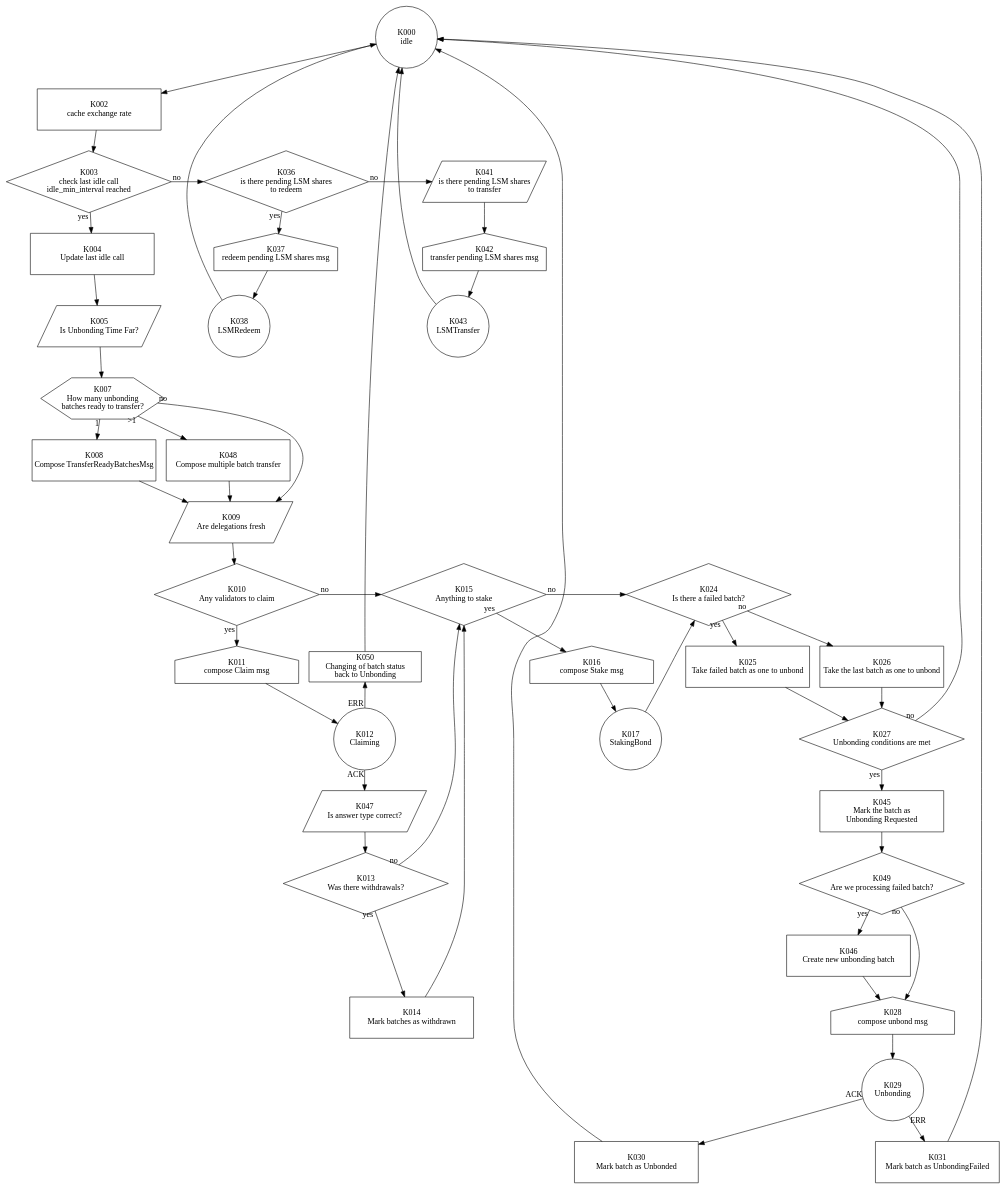
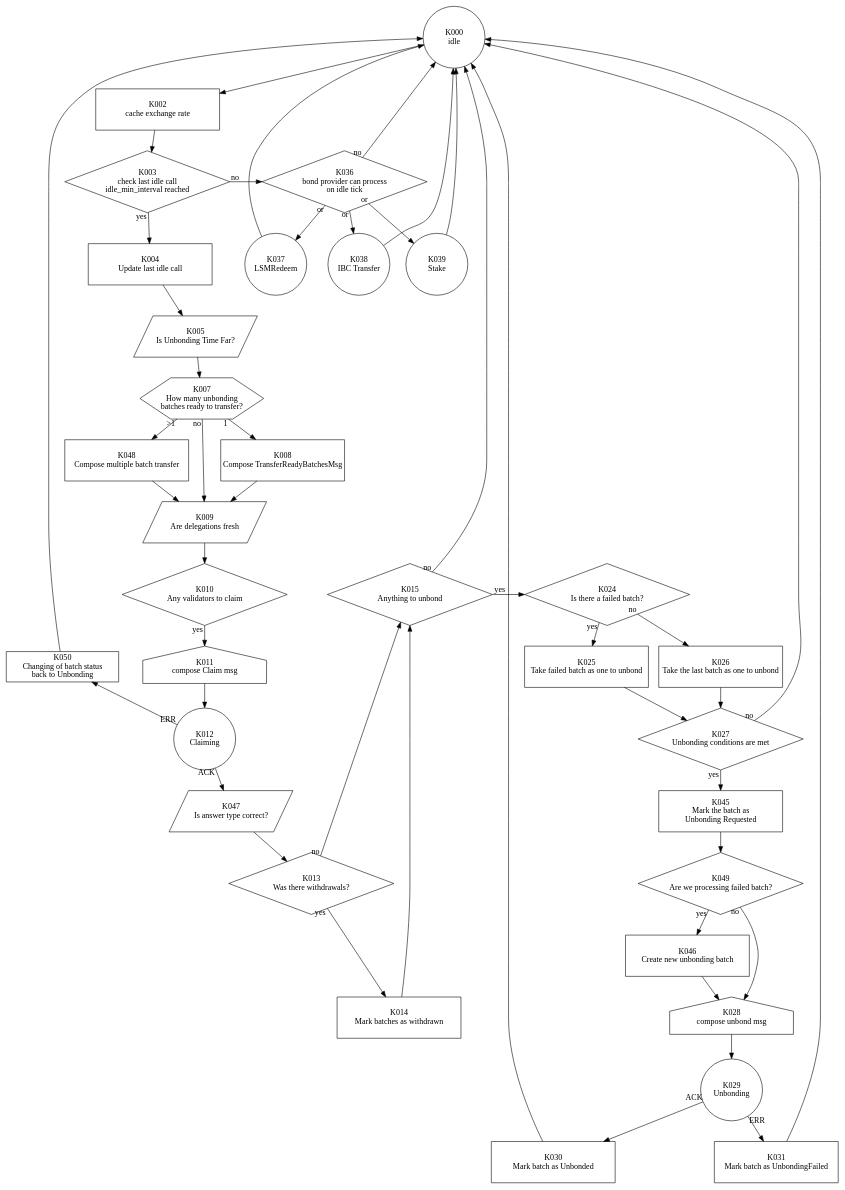
The diagram in graph.gv (hadronlabs-org/drop-contracts), drawn with Graphviz before and after one commit. The commit also changed 83 other files, not shown here.

```diff
--- a/graph.gv
+++ b/graph.gv
@@ -1,169 +1,163 @@
 digraph G {
     layout = dot;
     rankdir = TB;
     
     subgraph {
         rank = same;
         K000 [label = "K000\nidle";shape = circle;fixedsize = true;width = 1.5;height = 1.5;];
     }
     
     subgraph {
         rank = same;
         K002 [label = "K002\ncache exchange rate";shape = box;fixedsize = true;width = 3;height = 1;];
     }
     
     subgraph {
         rank = same;
         K003 [label = "K003\ncheck last idle call\nidle_min_interval reached";shape = diamond;fixedsize = true;width = 4;height = 1.5;];
-        K036 [label = "K036\nis there pending LSM shares\nto redeem";shape = diamond;fixedsize = true;width = 4;height = 1.5;];
-        K041 [label = "K041\nis there pending LSM shares\nto transfer";shape = polygon;sides = 4;skew = .4;fixedsize = true;width = 3;height = 1;];
+        K036 [label = "K036\nbond provider can process\non idle tick";shape = diamond;fixedsize = true;width = 4;height = 1.5;];
     }
     
     subgraph {
         rank = same;
         K004 [label = "K004\nUpdate last idle call";shape = box;fixedsize = true;width = 3;height = 1;];
-        K037 [label = "K037\nredeem pending LSM shares msg";shape = house;fixedsize = true;width = 3;height = 1;];
-        K042 [label = "K042\ntransfer pending LSM shares msg";shape = house;fixedsize = true;width = 3;height = 1;];
+        K037 [label = "K037\nLSMRedeem";shape = circle;fixedsize = true;width = 1.5;height = 1.5;];
+        K038 [label = "K038\nIBC Transfer";shape = circle;fixedsize = true;width = 1.5;height = 1.5;];
+        K039 [label = "K039\nStake";shape = circle;fixedsize = true;width = 1.5;height = 1.5;];
     }
     
     subgraph {
         rank = same;
         K005 [label = "K005\nIs Unbonding Time Far?";shape = polygon;sides = 4;skew = .4;fixedsize = true;width = 3;height = 1;];
-        K038 [label = "K038\nLSMRedeem";shape = circle;fixedsize = true;width = 1.5;height = 1.5;];
-        K043 [label = "K043\nLSMTransfer";shape = circle;fixedsize = true;width = 1.5;height = 1.5;];
     }
     
     subgraph {
         rank = same;
         K007 [label = "K007\nHow many unbonding\nbatches ready to transfer?";shape = hexagon;fixedsize = true;width = 3;height = 1;];
     }
     
     subgraph {
         rank = same;
         K008 [label = "K008\nCompose TransferReadyBatchesMsg";shape = box;fixedsize = true;width = 3;height = 1;];
         K048 [label = "K048\nCompose multiple batch transfer";shape = box;fixedsize = true;width = 3;height = 1;];
     }
     
     subgraph {
         rank = same;
         K009 [label = "K009\nAre delegations fresh";shape = polygon;sides = 4;skew = .4;fixedsize = true;width = 3;height = 1;];
     }
     
     subgraph {
         rank = same;
         K010 [label = "K010\nAny validators to claim";shape = diamond;fixedsize = true;width = 4;height = 1.5;];
-        K015 [label = "K015\nAnything to stake";shape = diamond;fixedsize = true;width = 4;height = 1.5;];
+        K015 [label = "K015\nAnything to unbond";shape = diamond;fixedsize = true;width = 4;height = 1.5;];
         K024 [label = "K024\nIs there a failed batch?";shape = diamond;fixedsize = true;width = 4;height = 1.5;];
     }
     
     subgraph {
         rank = same;
         K011 [label = "K011\ncompose Claim msg";shape = house;fixedsize = true;width = 3;height = 1;];
-        K016 [label = "K016\ncompose Stake msg";shape = house;fixedsize = true;width = 3;height = 1;];
         K025 [label = "K025\nTake failed batch as one to unbond";shape = box;fixedsize = true;width = 3;height = 1;];
         K026 [label = "K026\nTake the last batch as one to unbond";shape = box;fixedsize = true;width = 3;height = 1;];
         K050 [label = "K050\nChanging of batch status\nback to Unbonding";shape = box;];
     }
     
     subgraph {
         rank = same;
         K012 [label = "K012\nClaiming";shape = circle;fixedsize = true;width = 1.5;height = 1.5;];
-        K017 [label = "K017\nStakingBond";shape = circle;fixedsize = true;width = 1.5;height = 1.5;];
         K027 [label = "K027\nUnbonding conditions are met";shape = diamond;fixedsize = true;width = 4;height = 1.5;];
     }
     
     subgraph {
         rank = same;
         K047 [label = "K047\nIs answer type correct?";shape = polygon;sides = 4;skew = .4;fixedsize = true;width = 3;height = 1;];
         K045 [label = "K045\nMark the batch as\nUnbonding Requested";shape = box;fixedsize = true;width = 3;height = 1;];
     }
     
     subgraph {
         K046 [label = "K046\nCreate new unbonding batch";shape = box;fixedsize = true;width = 3;height = 1;];
         K013 [label = "K013\nWas there withdrawals?";shape = diamond;fixedsize = true;width = 4;height = 1.5;];
         K049 [label = "K049\nAre we processing failed batch?";shape = diamond;fixedsize = true;width = 4;height = 1.5;];
     }
     
     subgraph {
         rank = same;
         K014 [label = "K014\nMark batches as withdrawn";shape = box;fixedsize = true;width = 3;height = 1;];
         K028 [label = "K028\ncompose unbond msg";shape = house;fixedsize = true;width = 3;height = 1;];
     }
     
     subgraph {
         rank = same;
         K029 [label = "K029\nUnbonding";shape = circle;fixedsize = true;width = 1.5;height = 1.5;];
     }
     
     subgraph {
         rank = same;
         
         K030 [label = "K030\nMark batch as Unbonded";shape = box;fixedsize = true;width = 3;height = 1;];
         K031 [label = "K031\nMark batch as UnbondingFailed";shape = box;fixedsize = true;width = 3;height = 1;];
     }
     
     K000 -> K002;
     K002 -> K003;
     K003 -> K036 [taillabel = "no";];
     
-    K036 -> K037 [taillabel = "yes";];
-    K037 -> K038;
-    K036 -> K041 [taillabel = "no";];
-    K041 -> K042;
-    K042 -> K043;
+    K036 -> K000 [taillabel = "no";];
+    
+    K036 -> K037 [taillabel = "or";];
+    K037 -> K000;
+    
+    K036 -> K038 [taillabel = "or";];
+    K038 -> K000;
+    
+    K036 -> K039 [taillabel = "or";];
+    K039 -> K000;
     
     K003 -> K004 [taillabel = "yes";];
     K004 -> K005;
     K005 -> K007;
     
     K007 -> K008 [taillabel = "1";];
     K007 -> K048 [taillabel = ">1";];
     K007 -> K009 [taillabel = "no";];
     
     K008 -> K009;
     K048 -> K009;
     
     K009 -> K010;
-    K010 -> K015 [taillabel = "no";];
     
-    K015 -> K016 [taillabel = "yes";];
-    K016 -> K017;
+    K015 -> K000 [taillabel = "no";];
     
-    K015 -> K024 [taillabel = "no";];
+    K015 -> K024 [taillabel = "yes";];
     
     K024 -> K025 [taillabel = "yes";];
     K028 -> K029;
     
     K024 -> K026 [taillabel = "no";];
     K010 -> K011 [taillabel = "yes";];
     K011 -> K012;
-    
-    K038 -> K000;
-    K043 -> K000;
     
     K013 -> K014 [taillabel = "yes";];
     K013 -> K015 [taillabel = "no";];
     
     K012 -> K047 [taillabel = "ACK";];
     K012 -> K050 [taillabel = "ERR";];
     K050 -> K000;
     K047 -> K013;
     K014 -> K015;
-    
-    K017 -> K024;
     
     K029 -> K030 [taillabel = "ACK";];
     K029 -> K031 [taillabel = "ERR";];
     
     K030 -> K000;
     K031 -> K000;
     K025 -> K027;
     K026 -> K027;
     
     K027 -> K045 [taillabel = "yes";];
     K027 -> K000 [taillabel = "no";];
     K045 -> K049;
     K049 -> K046 [taillabel = "yes";];
     K049 -> K028 [taillabel = "no";];
     K046 -> K028;
 }
```
